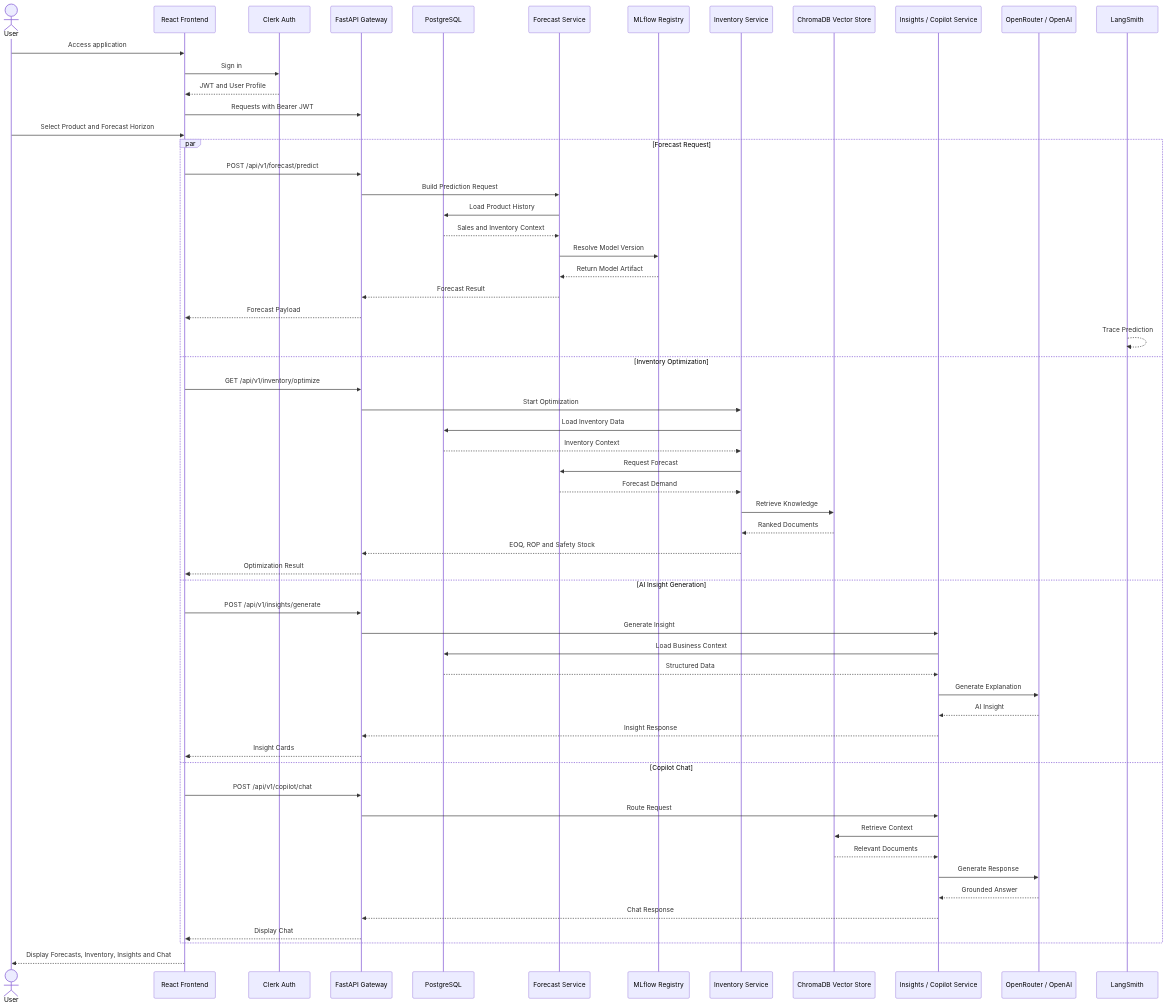
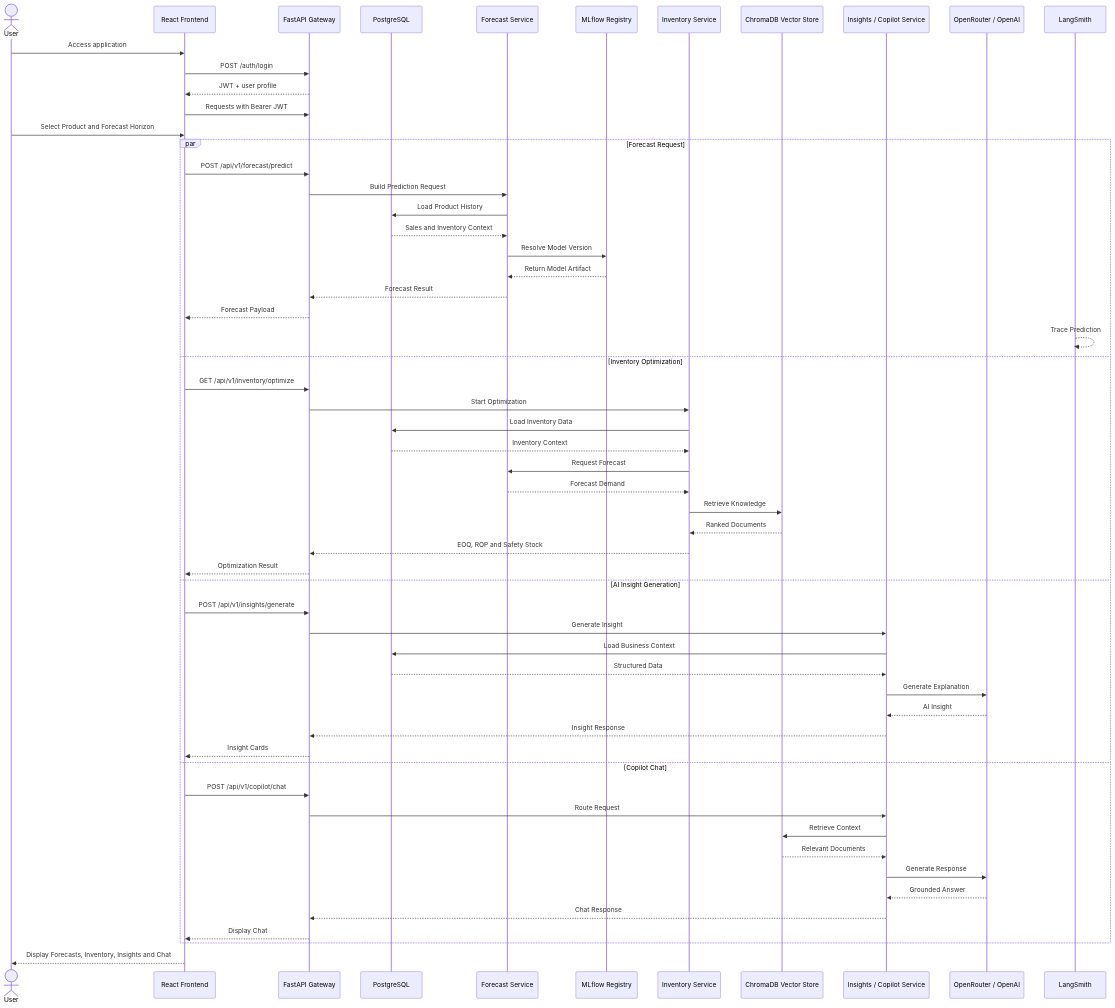
Before and after one commit to IbrahimAbdelsattar/SupplyMindAI: the third of 3 diagrams in docs/architecture-diagrams.md, drawn with Mermaid. The commit also changed other lines of this file and 89 other files, not shown here.

Commit message:
feat: implement multi-agent copilot graph and system prompt for Egyptian Arabic interface support

````diff
--- a/docs/architecture-diagrams.md
+++ b/docs/architecture-diagrams.md
@@ -338,68 +338,67 @@
 ```mermaid
 sequenceDiagram
     actor U as User
     participant FE as React Frontend
-    participant CLERK as Clerk Auth
     participant API as FastAPI Gateway
     participant DB as PostgreSQL
     participant FC as Forecast Service
     participant MR as MLflow Registry
     participant INV as Inventory Service
     participant VS as ChromaDB Vector Store
     participant AI as Insights / Copilot Service
     participant LLM as OpenRouter / OpenAI
     participant LS as LangSmith
 
     U->>FE: Access application
-    FE->>CLERK: Sign in
-    CLERK-->>FE: JWT and User Profile
+    FE->>API: POST /auth/login
+    API-->>FE: JWT + user profile
     FE->>API: Requests with Bearer JWT
 
     U->>FE: Select Product and Forecast Horizon
 
     par Forecast Request
         FE->>API: POST /api/v1/forecast/predict
         API->>FC: Build Prediction Request
         FC->>DB: Load Product History
         DB-->>FC: Sales and Inventory Context
         FC->>MR: Resolve Model Version
         MR-->>FC: Return Model Artifact
         FC-->>API: Forecast Result
         API-->>FE: Forecast Payload
         LS-->>LS: Trace Prediction
 
     and Inventory Optimization
         FE->>API: GET /api/v1/inventory/optimize
         API->>INV: Start Optimization
         INV->>DB: Load Inventory Data
         DB-->>INV: Inventory Context
         INV->>FC: Request Forecast
         FC-->>INV: Forecast Demand
         INV->>VS: Retrieve Knowledge
         VS-->>INV: Ranked Documents
         INV-->>API: EOQ, ROP and Safety Stock
         API-->>FE: Optimization Result
 
     and AI Insight Generation
         FE->>API: POST /api/v1/insights/generate
         API->>AI: Generate Insight
         AI->>DB: Load Business Context
         DB-->>AI: Structured Data
         AI->>LLM: Generate Explanation
         LLM-->>AI: AI Insight
         AI-->>API: Insight Response
         API-->>FE: Insight Cards
 
     and Copilot Chat
         FE->>API: POST /api/v1/copilot/chat
         API->>AI: Route Request
         AI->>VS: Retrieve Context
         VS-->>AI: Relevant Documents
         AI->>LLM: Generate Response
         LLM-->>AI: Grounded Answer
         AI-->>API: Chat Response
         API-->>FE: Display Chat
     end
 
     FE-->>U: Display Forecasts, Inventory, Insights and Chat
 ```
````
